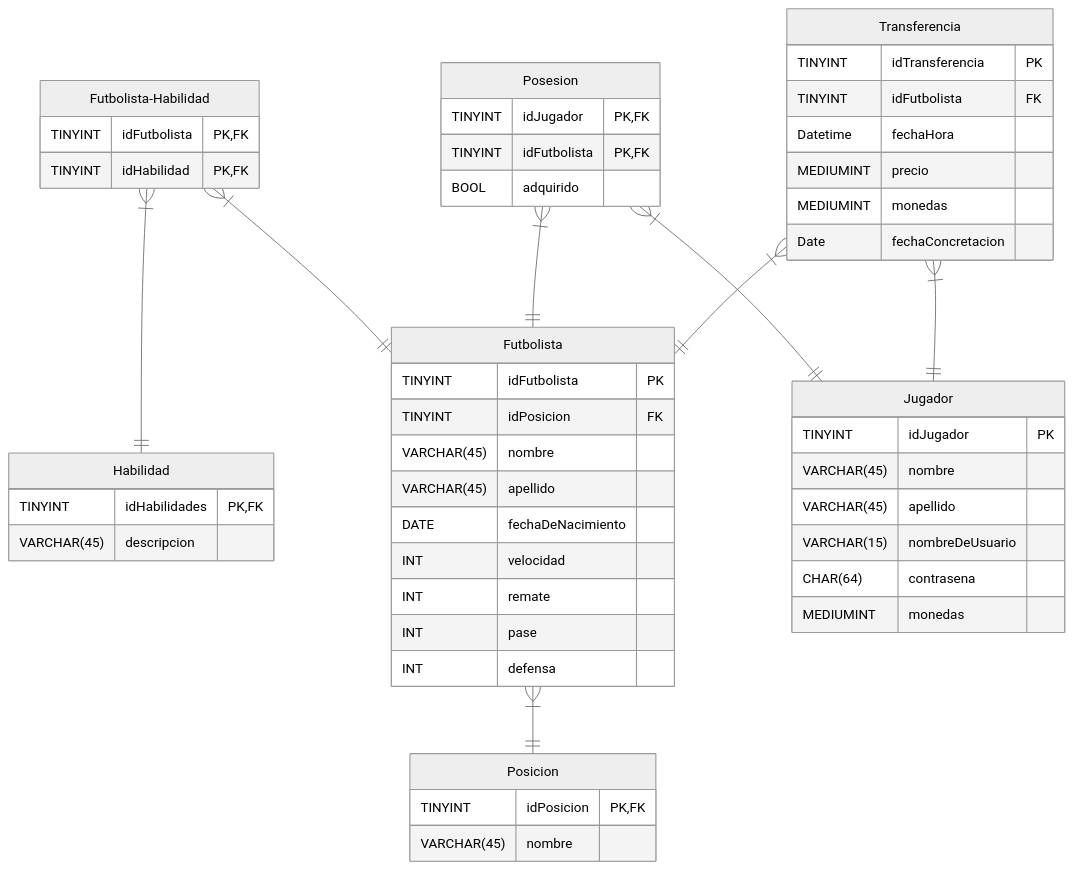
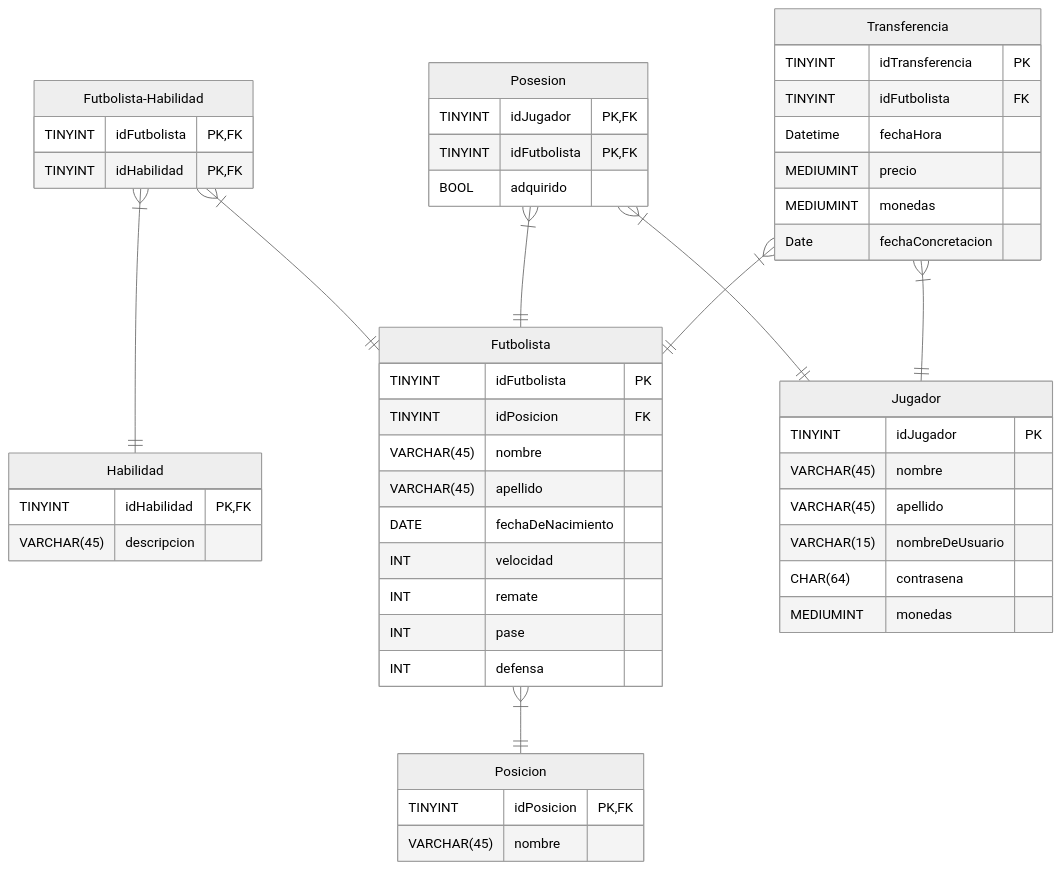
Before and after one commit to Lucardioo/Fifa-Tp-Anual-5to-8va: the diagram in docs/DER.md, drawn with Mermaid (neutral theme). The commit also changed 1 other file, not shown here.

Commit message:
ACTUALIZACION DEL SCRIPT

````diff
--- a/docs/DER.md
+++ b/docs/DER.md
@@ -1,67 +1,67 @@
 ```mermaid
 erDiagram
 
     Posicion{
         TINYINT     idPosicion PK,FK
         VARCHAR(45) nombre     
     }
 
     Habilidad{
-        TINYINT     idHabilidades PK,FK
+        TINYINT     idHabilidad PK,FK
         VARCHAR(45) descripcion
     }
 
     Futbolista-Habilidad{
         TINYINT     idFutbolista PK, FK
         TINYINT     idHabilidad PK, FK
     }
          Futbolista-Habilidad }|--|| Habilidad : ""
         Futbolista-Habilidad }|--|| Futbolista : ""
 
     Futbolista{
         TINYINT     idFutbolista  PK
         TINYINT     idPosicion      FK
         VARCHAR(45) nombre 
         VARCHAR(45) apellido            
         DATE        fechaDeNacimiento    
         INT         velocidad        
         INT         remate              
         INT         pase                 
         INT         defensa              
     }
         Futbolista }|--|| Posicion  : "" 
        
         
 
    
     Jugador{
         TINYINT     idJugador  PK
         VARCHAR(45) nombre
         VARCHAR(45) apellido
         VARCHAR(15) nombreDeUsuario
         CHAR(64)    contrasena
         MEDIUMINT   monedas
     }
 
     Posesion{
         TINYINT     idJugador   PK,FK
         TINYINT     idFutbolista  PK,FK
         BOOL        adquirido
     }
     Posesion }|--|| Jugador  : ""
     Posesion }|--|| Futbolista : ""
     
     
 
     Transferencia{
         TINYINT     idTransferencia PK
         TINYINT     idFutbolista FK
         Datetime    fechaHora
         MEDIUMINT   precio
         MEDIUMINT   monedas
         Date     fechaConcretacion 
     }
         Transferencia}|--|| Jugador : ""
         Transferencia }|--|| Futbolista : ""
 
 ```
````
